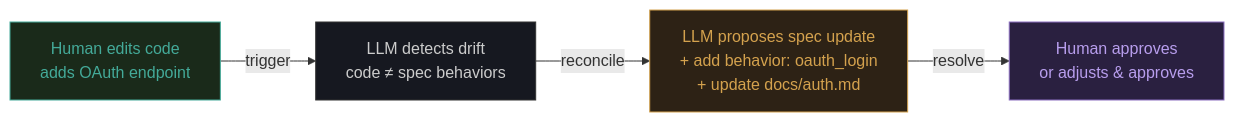
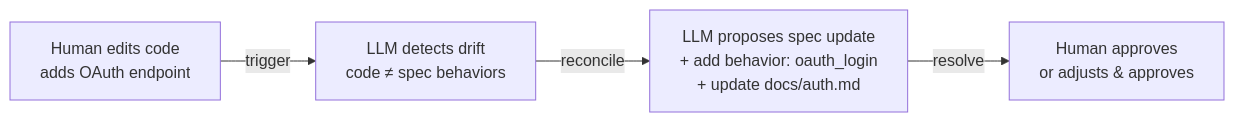
The fourth of 13 diagrams in docs-site/src/content/docs/background/design-diagrams.md (davidroeca/NotarAI), drawn with Mermaid before and after one commit. The commit also changed other lines of this file and 12 other files, not shown here.

First line of the commit message:
Update docs site - mermaid rendering

````diff
--- a/docs-site/src/content/docs/background/design-diagrams.md
+++ b/docs-site/src/content/docs/background/design-diagrams.md
@@ -150,16 +127,11 @@
 ```mermaid
 flowchart LR
     A1["Human edits code<br/>adds OAuth endpoint"]
     A2["LLM detects drift<br/>code ≠ spec behaviors"]
     A3["LLM proposes spec update<br/>+ add behavior: oauth_login<br/>+ update docs/auth.md"]
     A4["Human approves<br/>or adjusts & approves"]
 
     A1 -->|trigger| A2
     A2 -->|reconcile| A3
     A3 -->|resolve| A4
-
-    style A1 fill:#1a2a1a,stroke:#4a9,color:#4a9
-    style A2 fill:#161820,stroke:#333,color:#ccc
-    style A3 fill:#2d2215,stroke:#d4a24e,color:#d4a24e
-    style A4 fill:#2a2040,stroke:#8b6fc0,color:#b89eed
 ```
````
